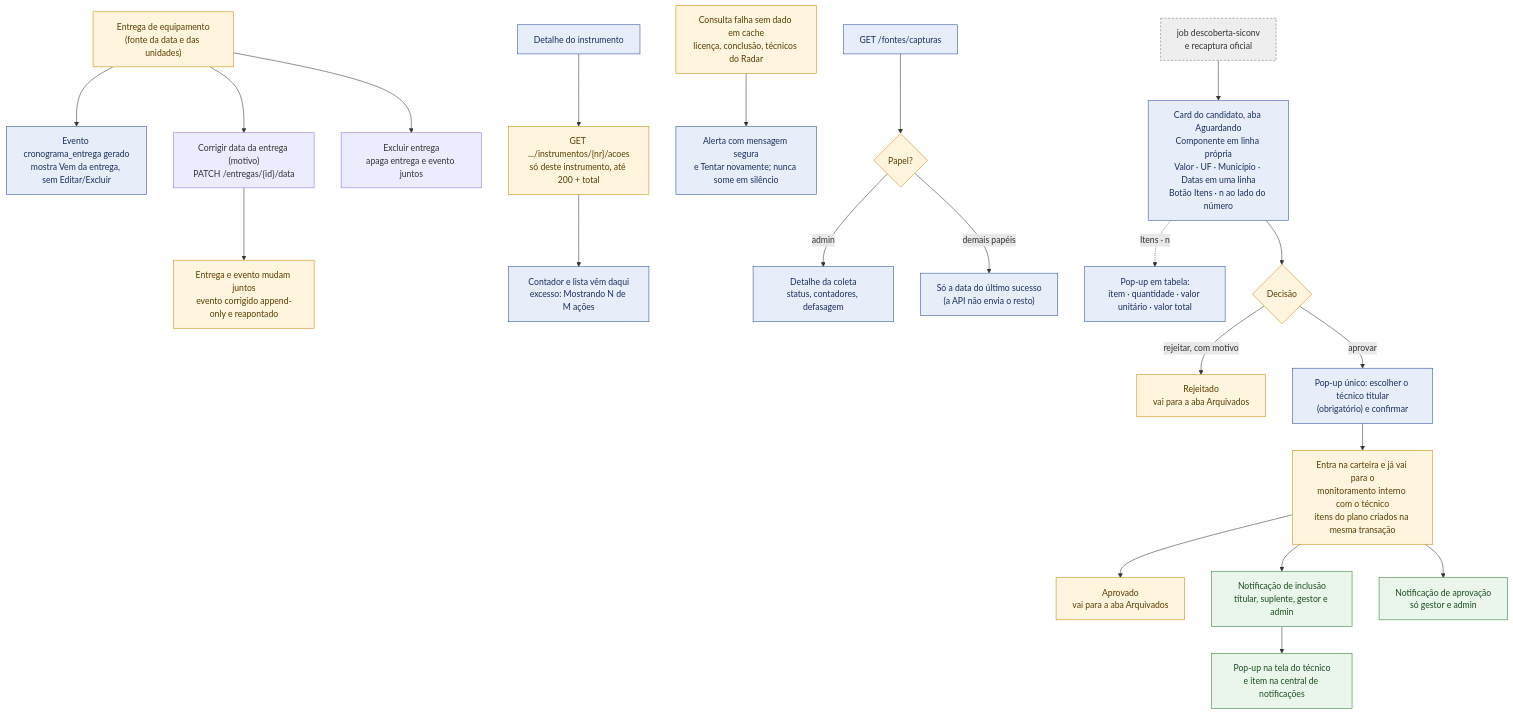
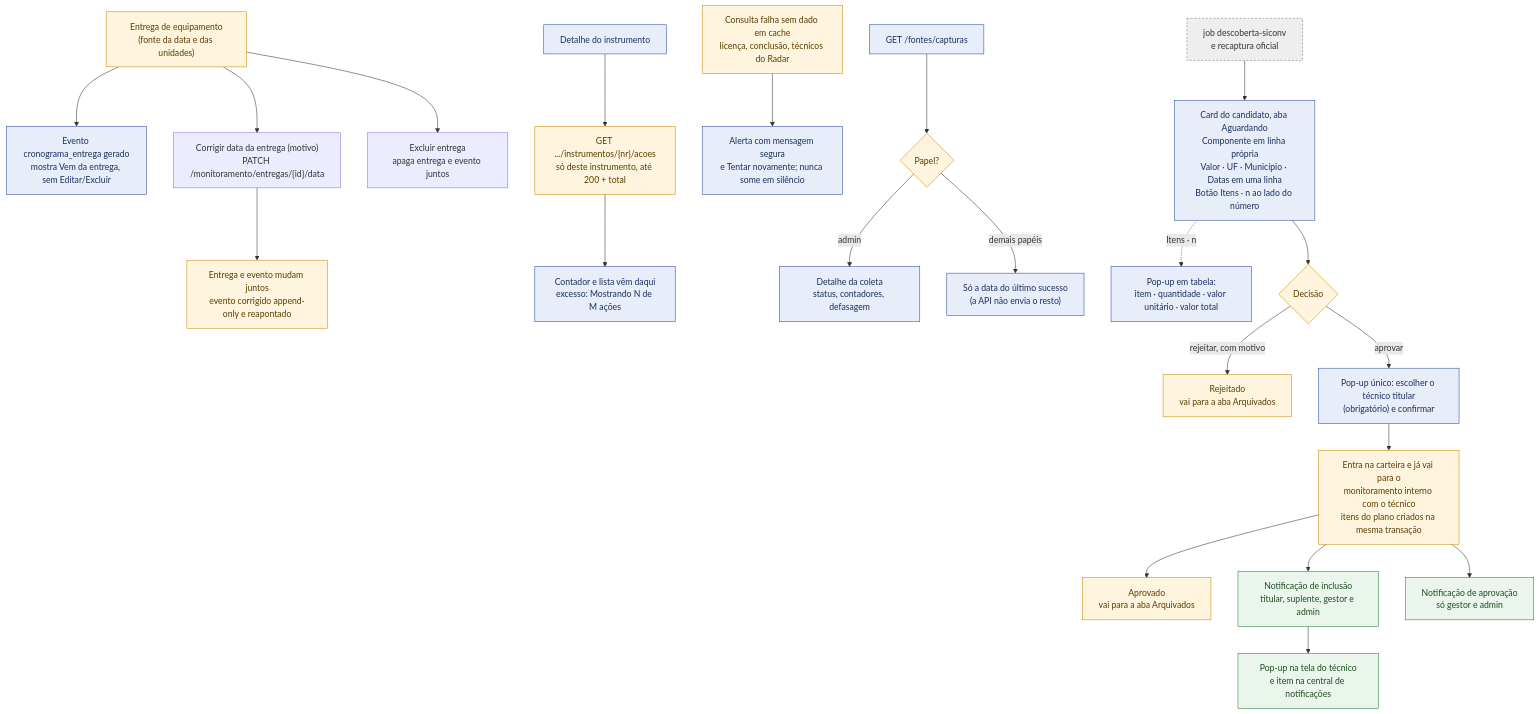
Before and after one commit to devs-ministerio/par_equipamentos: diagram 11 of 12 in docs/arquitetura/mapa-monitoramento-interno-2026-11-19.md, drawn with Mermaid. The commit also changed other lines of this file and 8 other files, not shown here.

````diff
--- a/docs/arquitetura/mapa-monitoramento-interno-2026-11-19.md
+++ b/docs/arquitetura/mapa-monitoramento-interno-2026-11-19.md
@@ -343,26 +343,26 @@
 ```mermaid
 flowchart TB
     classDef job fill:#EEE,stroke:#777,color:#333,stroke-dasharray:4 3
     classDef tela fill:#E8EEF9,stroke:#2A4D9B,color:#1a2f5e
     classDef regra fill:#FFF4DD,stroke:#C98A00,color:#5a3d00
     classDef aviso fill:#EAF6EC,stroke:#2E7D32,color:#1b4d1e
 
     ENTREGA["Entrega de equipamento<br/>(fonte da data e das unidades)"]:::regra --> EVENTOENT["Evento cronograma_entrega gerado<br/>mostra Vem da entrega, sem Editar/Excluir"]:::tela
-    ENTREGA --> CORRDATA["Corrigir data da entrega (motivo)<br/>PATCH /entregas/{id}/data"]:::acao --> ALINHA["Entrega e evento mudam juntos<br/>evento corrigido append-only e reapontado"]:::regra
+    ENTREGA --> CORRDATA["Corrigir data da entrega (motivo)<br/>PATCH /monitoramento/entregas/{id}/data"]:::acao --> ALINHA["Entrega e evento mudam juntos<br/>evento corrigido append-only e reapontado"]:::regra
     ENTREGA --> EXCENT["Excluir entrega<br/>apaga entrega e evento juntos"]:::acao
     ACOESDET["Detalhe do instrumento"]:::tela --> ACOESAPI["GET .../instrumentos/{nr}/acoes<br/>só deste instrumento, até 200 + total"]:::regra --> ACOESTELA["Contador e lista vêm daqui<br/>excesso: Mostrando N de M ações"]:::tela
     ERRO["Consulta falha sem dado em cache<br/>licença, conclusão, técnicos do Radar"]:::regra --> RETRY["Alerta com mensagem segura<br/>e Tentar novamente; nunca some em silêncio"]:::tela
     FONTES["GET /fontes/capturas"]:::tela --> PAPEL{"Papel?"}:::regra
     PAPEL -->|"admin"| DET["Detalhe da coleta<br/>status, contadores, defasagem"]:::tela
     PAPEL -->|"demais papéis"| RESUMO["Só a data do último sucesso<br/>(a API não envia o resto)"]:::tela
     J["job descoberta-siconv<br/>e recaptura oficial"]:::job --> CARD["Card do candidato, aba Aguardando<br/>Componente em linha própria<br/>Valor · UF · Município · Datas em uma linha<br/>Botão Itens · n ao lado do número"]:::tela
     CARD -. "Itens · n" .-> TAB["Pop-up em tabela:<br/>item · quantidade · valor unitário · valor total"]:::tela
     CARD --> D{"Decisão"}:::regra
     D -->|"rejeitar, com motivo"| REJ["Rejeitado<br/>vai para a aba Arquivados"]:::regra
     D -->|"aprovar"| DLG["Pop-up único: escolher o técnico titular<br/>(obrigatório) e confirmar"]:::tela
     DLG --> MON["Entra na carteira e já vai para o<br/>monitoramento interno com o técnico<br/>itens do plano criados na mesma transação"]:::regra
     MON --> ARQ["Aprovado<br/>vai para a aba Arquivados"]:::regra
     MON --> N1["Notificação de inclusão<br/>titular, suplente, gestor e admin"]:::aviso
     N1 --> POP["Pop-up na tela do técnico<br/>e item na central de notificações"]:::aviso
     MON --> N2["Notificação de aprovação<br/>só gestor e admin"]:::aviso
 ```
````
